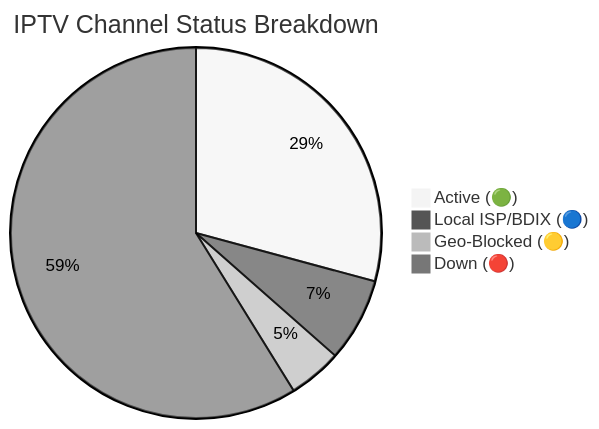
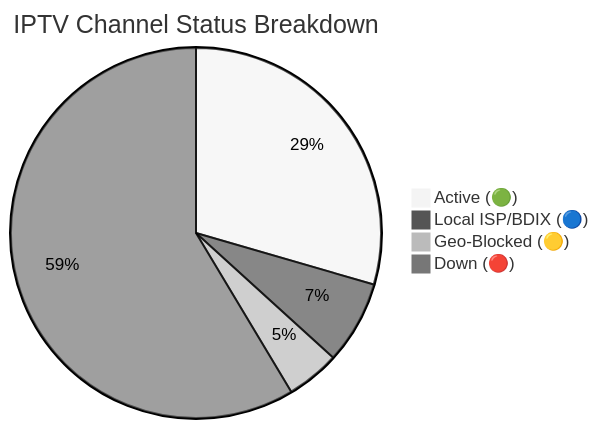
Before and after one commit to Zaman-Topu/Ip-tv-Collection: the diagram in README.md, drawn with Mermaid (neutral theme). The commit also changed other lines of this file and 6 other files, not shown here.

````diff
--- a/README.md
+++ b/README.md
@@ -149,7 +149,7 @@
 ```mermaid
 pie title IPTV Channel Status Breakdown
-    "Active (🟢)" : 10940
-    "Local ISP/BDIX (🔵)" : 2732
-    "Geo-Blocked (🟡)" : 1753
-    "Down (🔴)" : 22035
+    "Active (🟢)" : 11077
+    "Local ISP/BDIX (🔵)" : 2722
+    "Geo-Blocked (🟡)" : 1750
+    "Down (🔴)" : 22008
 ```
````
